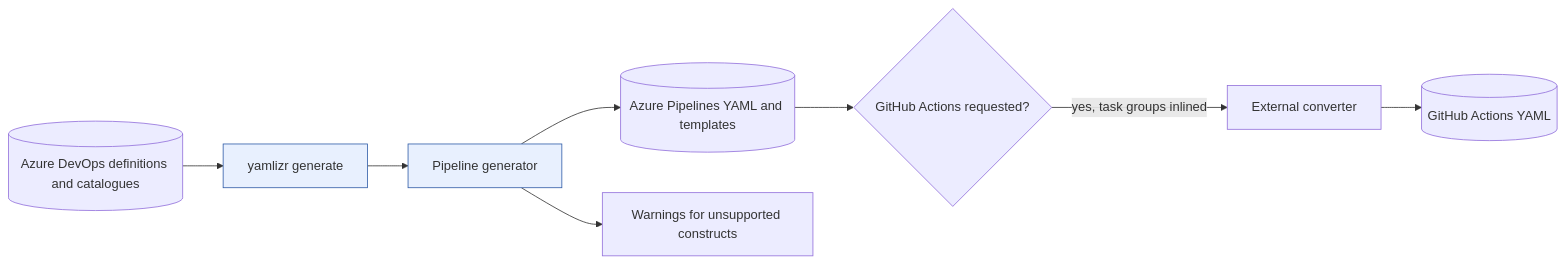
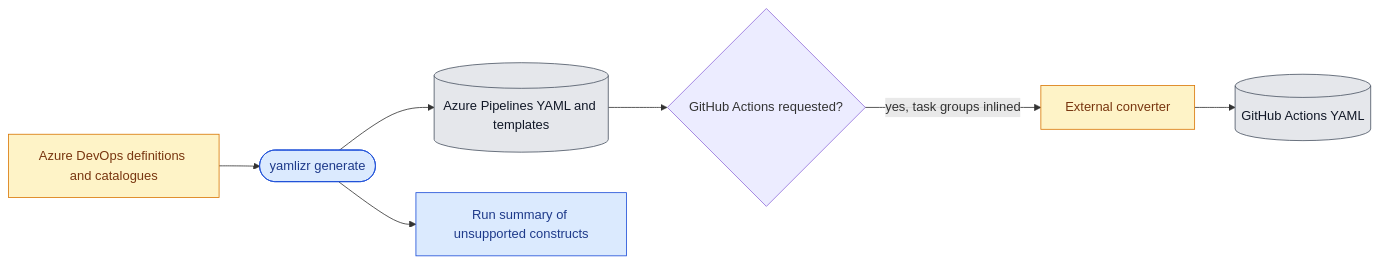
The diagram in README.md (f2calv/yamlizr), drawn with Mermaid before and after one commit. The commit also changed other lines of this file and 3 other files, not shown here.

First line of the commit message:
fix: align yamlizr dependencies and generator release guidance

````diff
--- a/README.md
+++ b/README.md
@@ -301,12 +303,15 @@
 ```mermaid
 flowchart LR
-  A[(Azure DevOps definitions and catalogues)] --> C[yamlizr generate]
-  C --> G[Pipeline generator]
-  G --> Y[(Azure Pipelines YAML and templates)]
-  G --> W[Warnings for unsupported constructs]
-  Y --> X{GitHub Actions requested?}
-  X -->|yes, task groups inlined| H[External converter]
-  H --> F[(GitHub Actions YAML)]
-  classDef owned fill:#e8f0fe,stroke:#315da8
-  class C,G owned
+  definitions["Azure DevOps definitions and catalogues"] --> cli([yamlizr generate])
+  cli --> yaml[(Azure Pipelines YAML and templates)]
+  cli --> warnings[Run summary of unsupported constructs]
+  yaml --> requested{GitHub Actions requested?}
+  requested -->|yes, task groups inlined| converter[External converter]
+  converter --> workflows[(GitHub Actions YAML)]
+  classDef owned fill:#dbeafe,stroke:#1d4ed8,color:#1e3a8a
+  classDef external fill:#fef3c7,stroke:#d97706,color:#78350f
+  classDef store fill:#e5e7eb,stroke:#4b5563,color:#111827
+  class cli,warnings owned
+  class definitions,converter external
+  class yaml,workflows store
 ```
````
